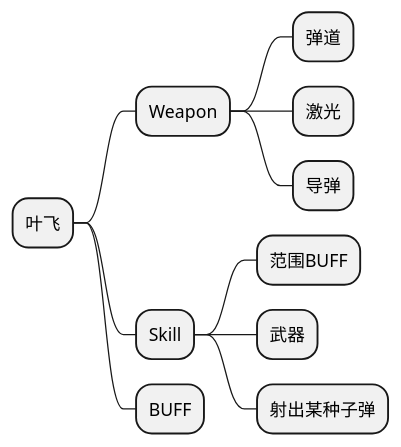
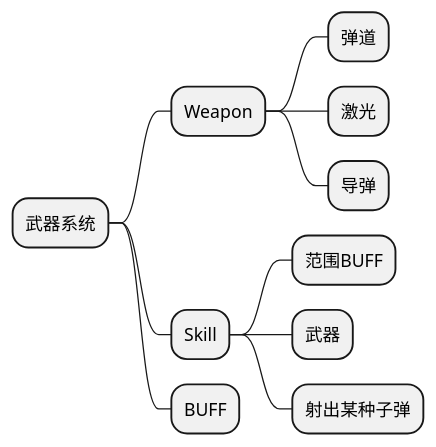
Before and after one commit to CGandGameEngineLearner/IronAngel: the second of 3 diagrams in 策划案.md, drawn with PlantUML. The commit also changed other lines of this file, not shown here.

````diff
--- a/策划案.md
+++ b/策划案.md
@@ -26,14 +68,14 @@
 ```plantuml
 @startmindmap
-* 叶飞
+* 武器系统
 ** Weapon
 *** 弹道
 *** 激光
 *** 导弹
 ** Skill
 *** 范围BUFF
 *** 武器
 *** 射出某种子弹
 ** BUFF
 @endmindmap
 ```
````
